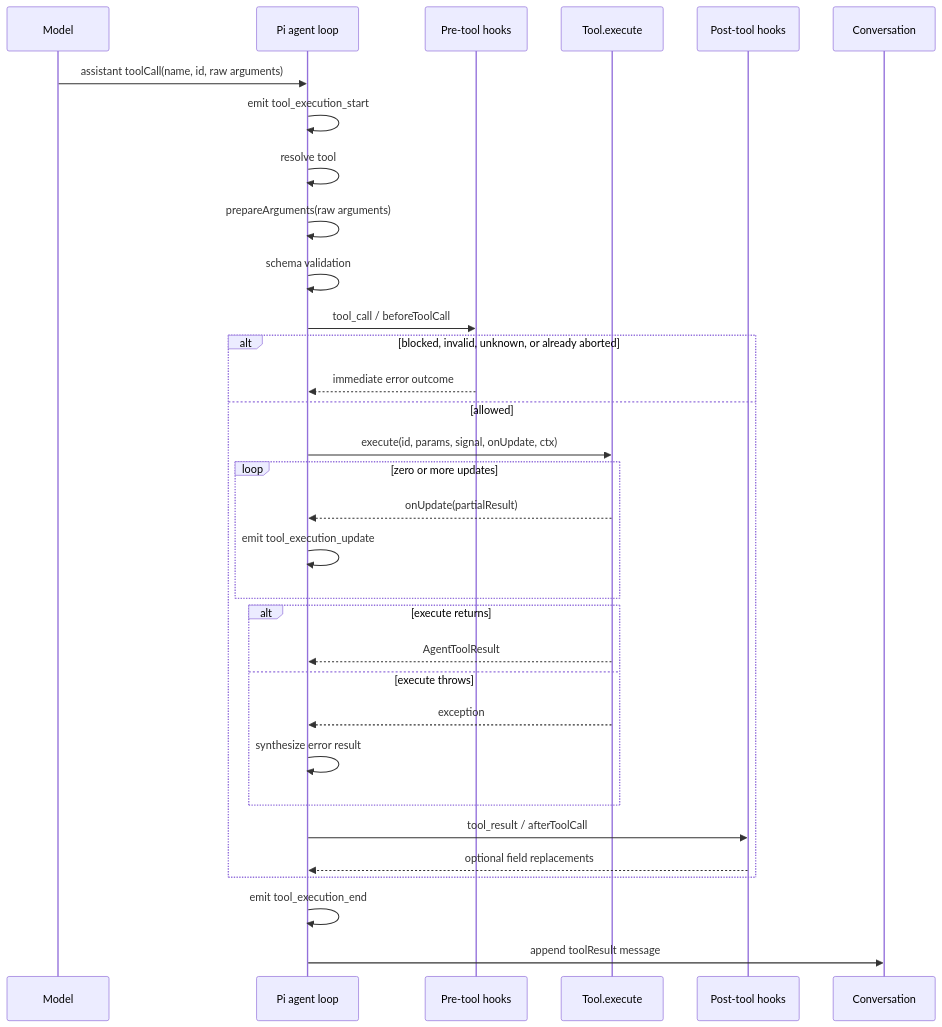
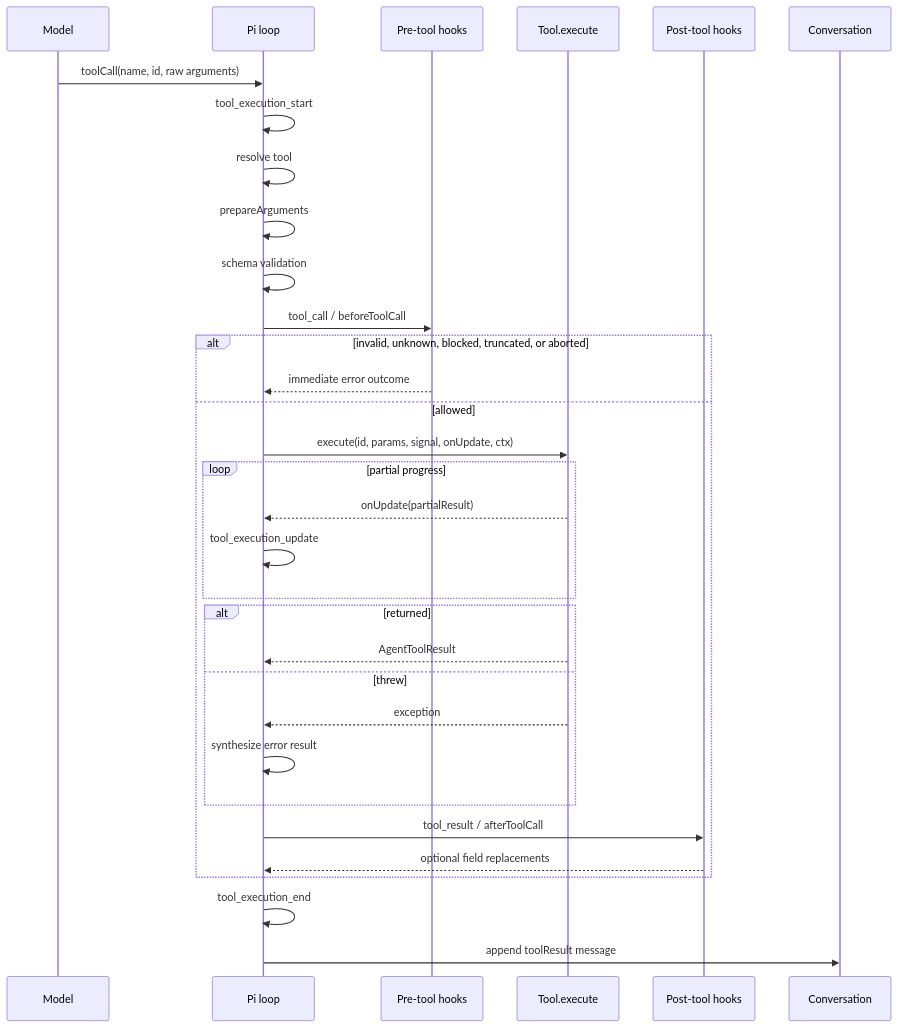
The first of 5 diagrams in docs/tool-calling.md (OnlineChefGroep/pi-agent-orchestrator), drawn with Mermaid before and after one commit. The commit also changed other lines of this file, not shown here.

Commit message:
docs: align tool-call contract with queued and fan-out behavior

````diff
--- a/docs/tool-calling.md
+++ b/docs/tool-calling.md
@@ -147,35 +143,35 @@
 ```mermaid
 sequenceDiagram
     participant M as Model
-    participant L as Pi agent loop
-    participant H as Pre-tool hooks
+    participant L as Pi loop
+    participant H1 as Pre-tool hooks
     participant T as Tool.execute
-    participant P as Post-tool hooks
+    participant H2 as Post-tool hooks
     participant C as Conversation
 
-    M->>L: assistant toolCall(name, id, raw arguments)
-    L->>L: emit tool_execution_start
+    M->>L: toolCall(name, id, raw arguments)
+    L->>L: tool_execution_start
     L->>L: resolve tool
-    L->>L: prepareArguments(raw arguments)
+    L->>L: prepareArguments
     L->>L: schema validation
-    L->>H: tool_call / beforeToolCall
-    alt blocked, invalid, unknown, or already aborted
-        H-->>L: immediate error outcome
+    L->>H1: tool_call / beforeToolCall
+    alt invalid, unknown, blocked, truncated, or aborted
+        H1-->>L: immediate error outcome
     else allowed
         L->>T: execute(id, params, signal, onUpdate, ctx)
-        loop zero or more updates
+        loop partial progress
             T-->>L: onUpdate(partialResult)
-            L->>L: emit tool_execution_update
+            L->>L: tool_execution_update
         end
-        alt execute returns
+        alt returned
             T-->>L: AgentToolResult
-        else execute throws
+        else threw
             T-->>L: exception
             L->>L: synthesize error result
         end
-        L->>P: tool_result / afterToolCall
-        P-->>L: optional field replacements
+        L->>H2: tool_result / afterToolCall
+        H2-->>L: optional field replacements
     end
-    L->>L: emit tool_execution_end
+    L->>L: tool_execution_end
     L->>C: append toolResult message
 ```
````
